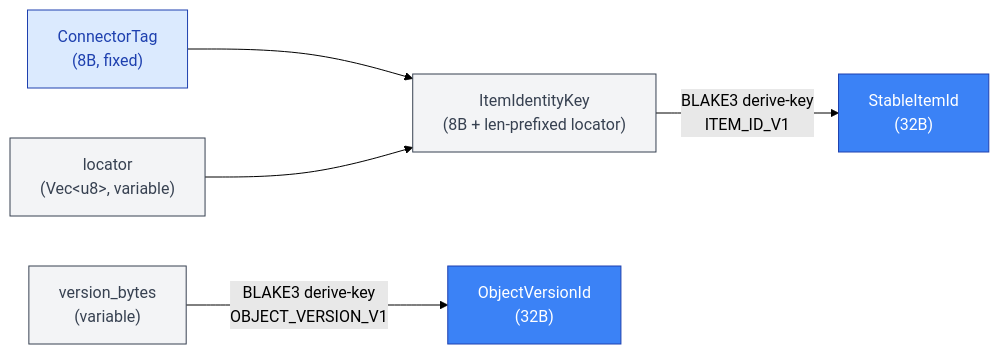
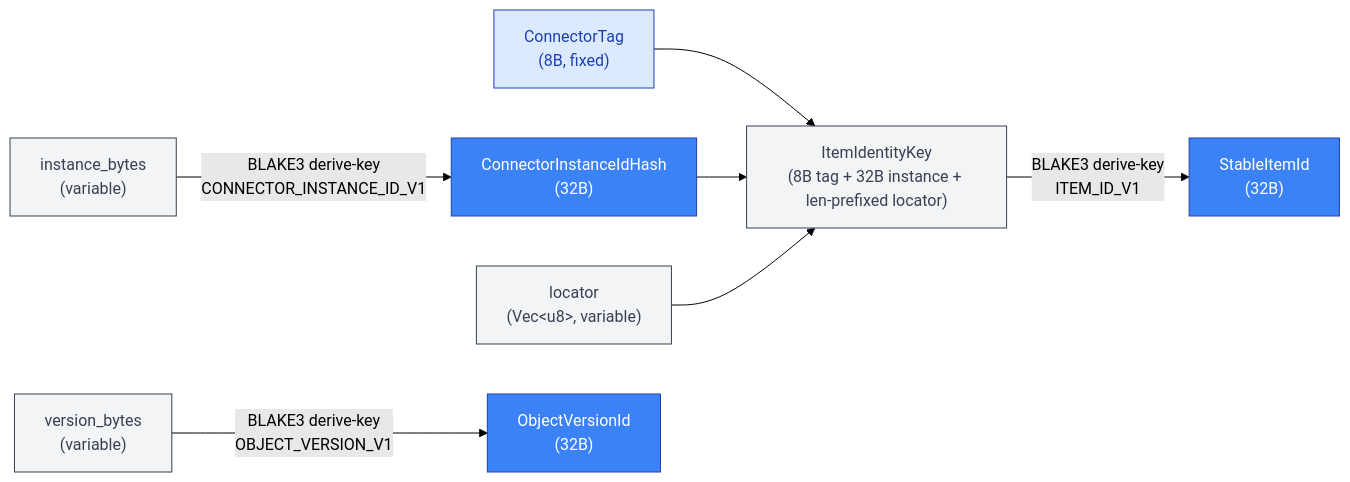
The second of 7 diagrams in diagrams/03-id-derivation-dag.md (ahrav/Gossip-rs), drawn with Mermaid (forest theme) before and after one commit. The commit also changed other lines of this file and 29 other files, not shown here.

First line of the commit message:
Update diagram directory inventory and diagram counts

````diff
--- a/diagrams/03-id-derivation-dag.md
+++ b/diagrams/03-id-derivation-dag.md
@@ -136,24 +152,30 @@
 ```mermaid
 %% Diagram: item-identity-chain
 graph LR
     ConnectorTag["ConnectorTag<br/>(8B, fixed)"]
     locator["locator<br/>(Vec&lt;u8&gt;, variable)"]
-    ItemIdentityKey["ItemIdentityKey<br/>(8B + len-prefixed locator)"]
+    instance_bytes["instance_bytes<br/>(variable)"]
+    ConnectorInstanceIdHash["ConnectorInstanceIdHash<br/>(32B)"]
+    ItemIdentityKey["ItemIdentityKey<br/>(8B tag + 32B instance + len-prefixed locator)"]
     StableItemId["StableItemId<br/>(32B)"]
 
+    instance_bytes -->|"BLAKE3 derive-key<br/>CONNECTOR_INSTANCE_ID_V1"| ConnectorInstanceIdHash
     ConnectorTag --> ItemIdentityKey
+    ConnectorInstanceIdHash --> ItemIdentityKey
     locator --> ItemIdentityKey
     ItemIdentityKey -->|"BLAKE3 derive-key<br/>ITEM_ID_V1"| StableItemId
 
     version_bytes["version_bytes<br/>(variable)"]
     ObjectVersionId["ObjectVersionId<br/>(32B)"]
 
     version_bytes -->|"BLAKE3 derive-key<br/>OBJECT_VERSION_V1"| ObjectVersionId
 
     style ConnectorTag fill:#DBEAFE,stroke:#1E40AF,color:#1E40AF
     style locator fill:#F3F4F6,stroke:#374151,color:#374151
+    style instance_bytes fill:#F3F4F6,stroke:#374151,color:#374151
     style version_bytes fill:#F3F4F6,stroke:#374151,color:#374151
+    style ConnectorInstanceIdHash fill:#3B82F6,stroke:#1E40AF,color:#FFFFFF
     style ItemIdentityKey fill:#F3F4F6,stroke:#374151,color:#374151
     style StableItemId fill:#3B82F6,stroke:#1E40AF,color:#FFFFFF
     style ObjectVersionId fill:#3B82F6,stroke:#1E40AF,color:#FFFFFF
 ```
````
